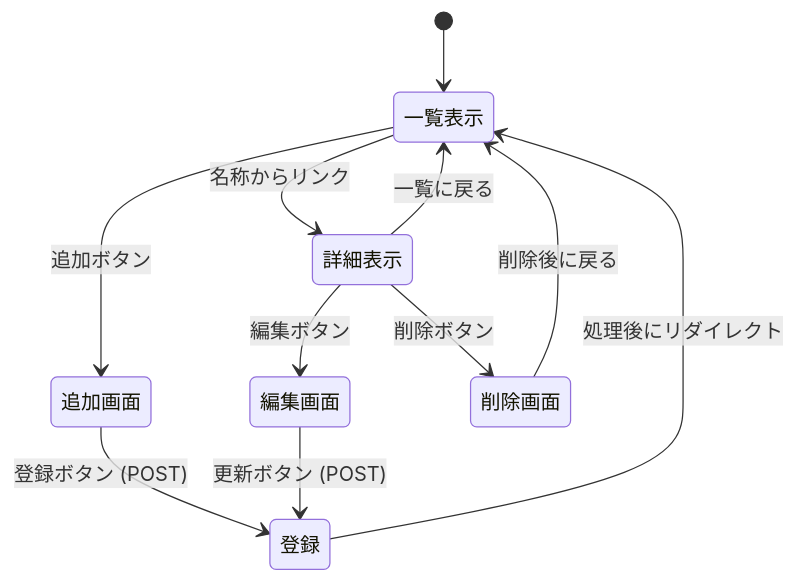
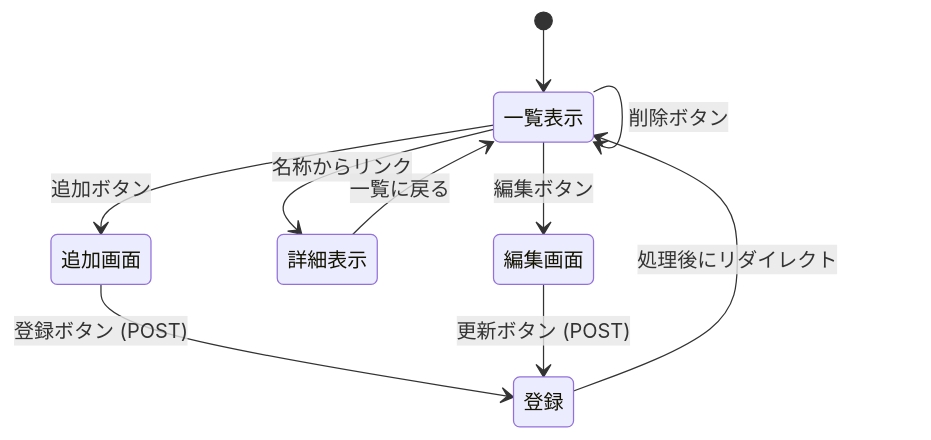
The diagram in views/page.md (getgiftgit/webpro_06), drawn with Mermaid before and after one commit. The commit also changed 1 other file, not shown here.

````diff
--- a/views/page.md
+++ b/views/page.md
@@ -2,17 +2,16 @@
 ```mermaid
 stateDiagram-v2
     [*] --> 一覧表示
     
     一覧表示 --> 追加画面 : 追加ボタン
     一覧表示 --> 詳細表示 : 名称からリンク
+    一覧表示 --> 編集画面 : 編集ボタン
+    一覧表示 --> 一覧表示 : 削除ボタン
     
-    詳細表示 --> 編集画面 : 編集ボタン
-    詳細表示 --> 削除画面 : 削除ボタン
     詳細表示 --> 一覧表示 : 一覧に戻る
     
     追加画面 --> 登録 : 登録ボタン (POST)
     編集画面 --> 登録 : 更新ボタン (POST)
     
     登録 --> 一覧表示 : 処理後にリダイレクト
-    削除画面 --> 一覧表示 : 削除後に戻る
 ```
````
